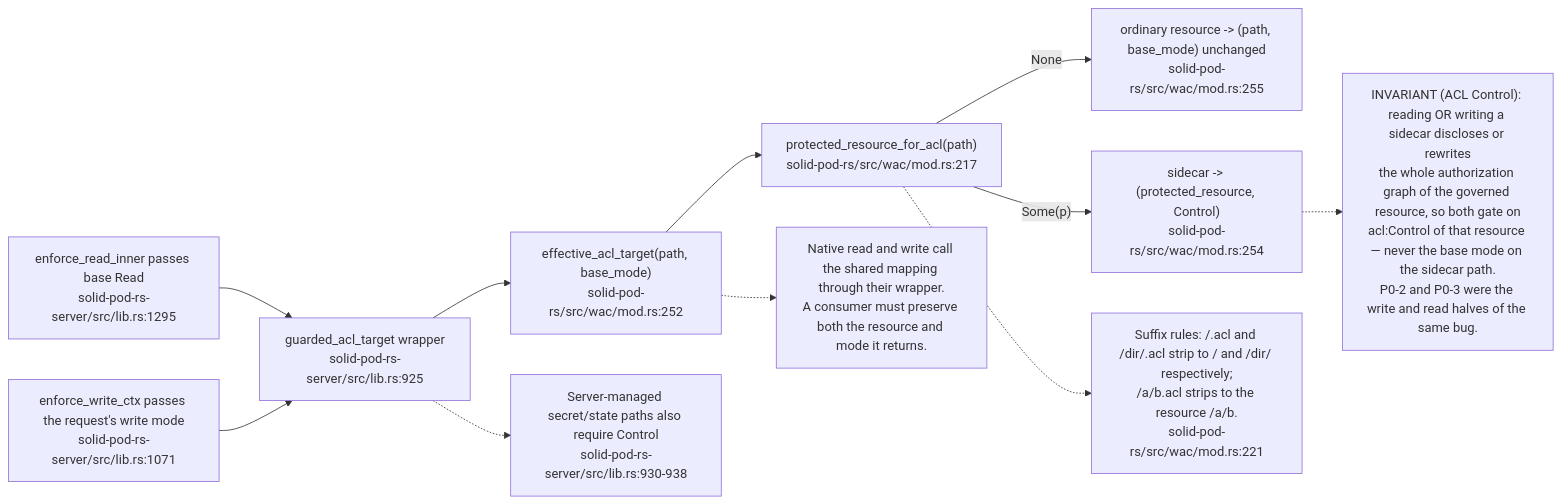
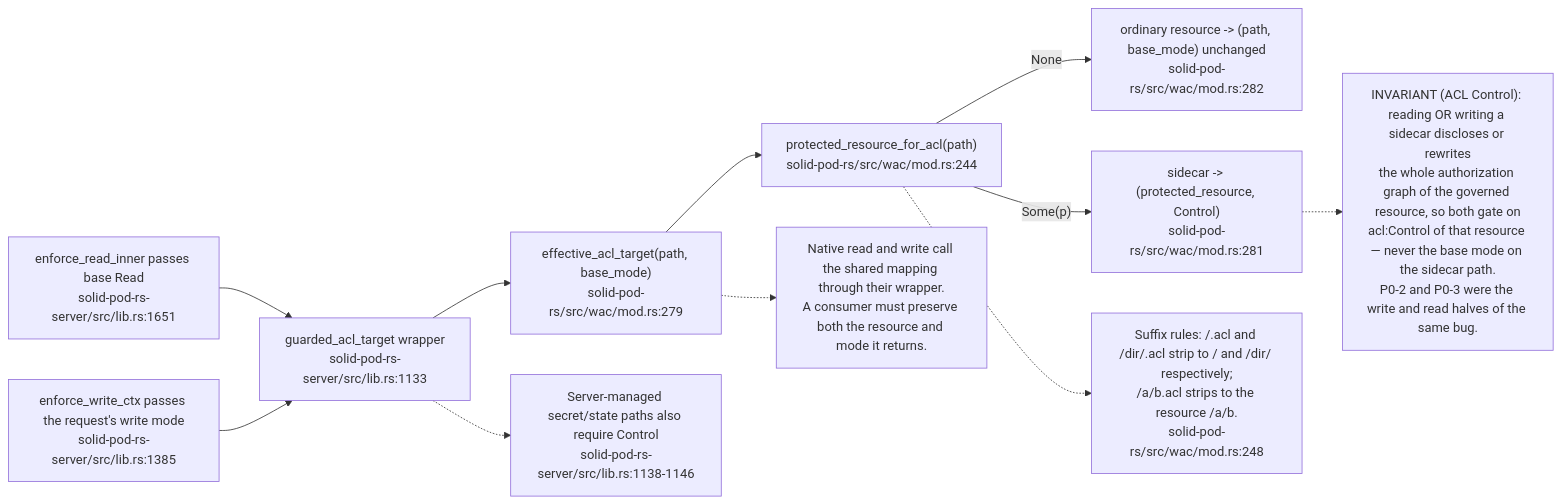
The fifth of 16 diagrams in docs/diagrams/solid-pod-rs/04-wac-authorisation.md (DreamLab-AI/VisionFlow), drawn with Mermaid before and after one commit. The commit also changed other lines of this file, not shown here.

First line of the commit message:
docs(diagrams): SP-04 re-verified at solid-pod-rs a28a748

````diff
--- a/docs/diagrams/solid-pod-rs/04-wac-authorisation.md
+++ b/docs/diagrams/solid-pod-rs/04-wac-authorisation.md
@@ -175,24 +185,24 @@
 ```mermaid
 flowchart LR
-    IN["effective_acl_target(path, base_mode)<br/>solid-pod-rs/src/wac/mod.rs:252"]
-    PR["protected_resource_for_acl(path)<br/>solid-pod-rs/src/wac/mod.rs:217"]
-    ORD["ordinary resource -> (path, base_mode) unchanged<br/>solid-pod-rs/src/wac/mod.rs:255"]
-    ELV["sidecar -> (protected_resource, Control)<br/>solid-pod-rs/src/wac/mod.rs:254"]
-    RD["enforce_read_inner passes base Read<br/>solid-pod-rs-server/src/lib.rs:1295"]
-    WR["enforce_write_ctx passes the request's write mode<br/>solid-pod-rs-server/src/lib.rs:1071"]
+    IN["effective_acl_target(path, base_mode)<br/>solid-pod-rs/src/wac/mod.rs:279"]
+    PR["protected_resource_for_acl(path)<br/>solid-pod-rs/src/wac/mod.rs:244"]
+    ORD["ordinary resource -> (path, base_mode) unchanged<br/>solid-pod-rs/src/wac/mod.rs:282"]
+    ELV["sidecar -> (protected_resource, Control)<br/>solid-pod-rs/src/wac/mod.rs:281"]
+    RD["enforce_read_inner passes base Read<br/>solid-pod-rs-server/src/lib.rs:1651"]
+    WR["enforce_write_ctx passes the request's write mode<br/>solid-pod-rs-server/src/lib.rs:1385"]
 
     IN --> PR
     PR -- None --> ORD
     PR -- "Some(p)" --> ELV
-    RD --> GUARD["guarded_acl_target wrapper<br/>solid-pod-rs-server/src/lib.rs:925"]
+    RD --> GUARD["guarded_acl_target wrapper<br/>solid-pod-rs-server/src/lib.rs:1133"]
     WR --> GUARD
     GUARD --> IN
-    GUARD -.-> EXTRA["Server-managed secret/state paths also require Control<br/>solid-pod-rs-server/src/lib.rs:930-938"]
+    GUARD -.-> EXTRA["Server-managed secret/state paths also require Control<br/>solid-pod-rs-server/src/lib.rs:1138-1146"]
 
-    N1["Suffix rules: /.acl and /dir/.acl strip to / and /dir/ respectively;<br/>/a/b.acl strips to the resource /a/b.<br/>solid-pod-rs/src/wac/mod.rs:221"]
+    N1["Suffix rules: /.acl and /dir/.acl strip to / and /dir/ respectively;<br/>/a/b.acl strips to the resource /a/b.<br/>solid-pod-rs/src/wac/mod.rs:248"]
     PR -.-> N1
     N2["INVARIANT (ACL Control): reading OR writing a sidecar discloses or rewrites<br/>the whole authorization graph of the governed resource, so both gate on<br/>acl:Control of that resource — never the base mode on the sidecar path.<br/>P0-2 and P0-3 were the write and read halves of the same bug."]
     ELV -.-> N2
     N3["Native read and write call the shared mapping through their wrapper.<br/>A consumer must preserve both the resource and mode it returns."]
     IN -.-> N3
 ```
````
